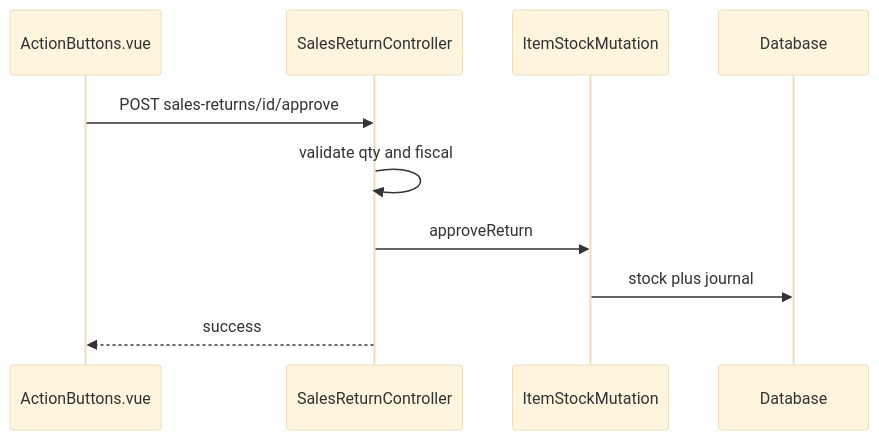
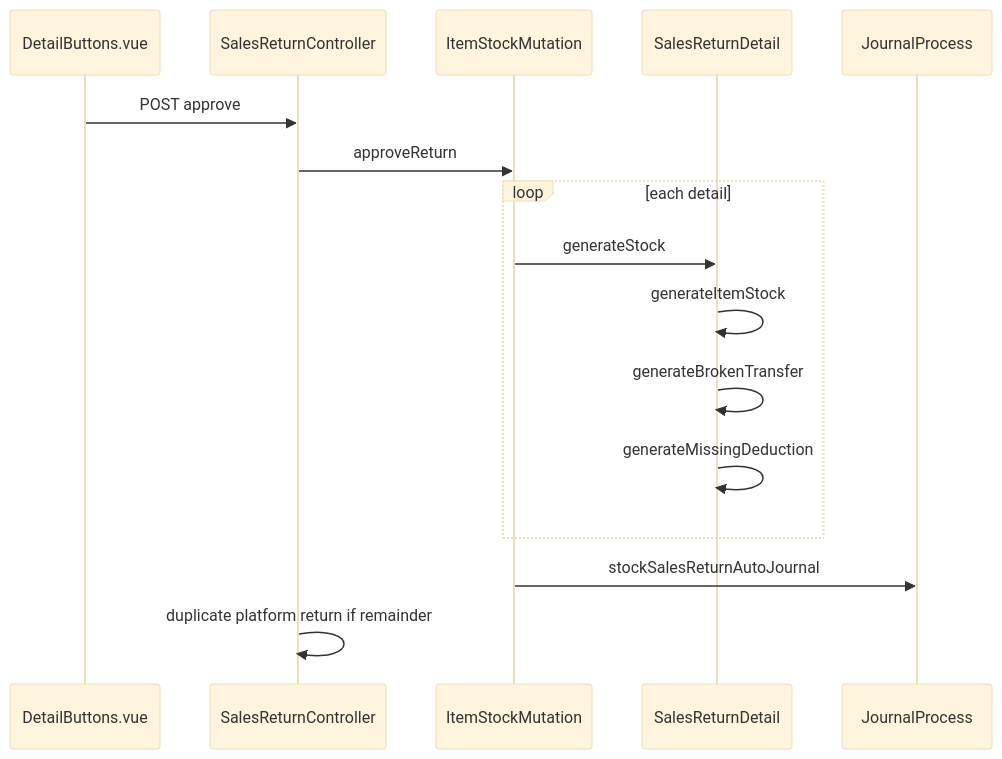
Before and after one commit to yendyr/olshoperp-docs: the diagram in qa-docs/supplychain-sales-returns/technical.md, drawn with Mermaid (base theme). The commit also changed other lines of this file and 84 other files, not shown here.

````diff
--- a/qa-docs/supplychain-sales-returns/technical.md
+++ b/qa-docs/supplychain-sales-returns/technical.md
@@ -92,13 +149,19 @@
 ```mermaid
 sequenceDiagram
-    participant UI as ActionButtons.vue
+    participant FE as DetailButtons.vue
     participant API as SalesReturnController
     participant ISM as ItemStockMutation
-    participant DB as Database
+    participant DET as SalesReturnDetail
+    participant JR as JournalProcess
 
-    UI->>API: POST sales-returns/id/approve
-    API->>API: validate qty and fiscal
+    FE->>API: POST approve
     API->>ISM: approveReturn
-    ISM->>DB: stock plus journal
-    API-->>UI: success
+    loop each detail
+        ISM->>DET: generateStock
+        DET->>DET: generateItemStock
+        DET->>DET: generateBrokenTransfer
+        DET->>DET: generateMissingDeduction
+    end
+    ISM->>JR: stockSalesReturnAutoJournal
+    API->>API: duplicate platform return if remainder
 ```
````
